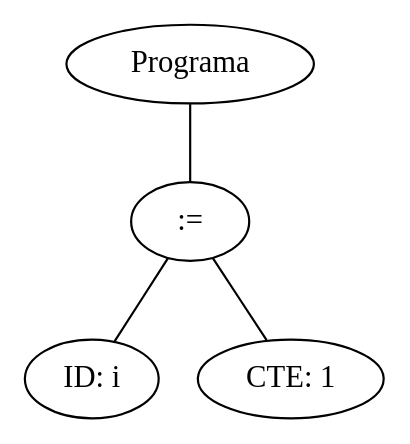
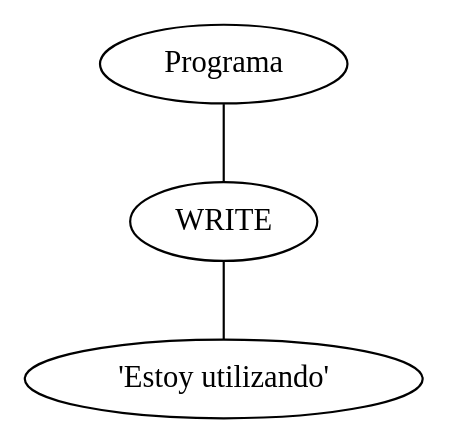
Before and after one commit to JosueGaticaOdato/Integrador-TEOI: the diagram in AnalizadorLexico/arbol.dot, drawn with Graphviz. The commit also changed 6 other files, not shown here.

```diff
--- a/AnalizadorLexico/arbol.dot
+++ b/AnalizadorLexico/arbol.dot
@@ -1,8 +1,6 @@
 graph G {nodo_programa [label="Programa"]
-nodo_987650520 [label=":="]
-nodo_programa -- nodo_987650520
-nodo_1643518164 [label="ID: i"]
-nodo_987650520 -- nodo_1643518164
-nodo_1947889999 [label="CTE: 1"]
-nodo_987650520 -- nodo_1947889999
+nodo_1077254329 [label="WRITE"]
+nodo_programa -- nodo_1077254329
+nodo_440038503 [label="'Estoy utilizando'"]
+nodo_1077254329 -- nodo_440038503
 }
```
